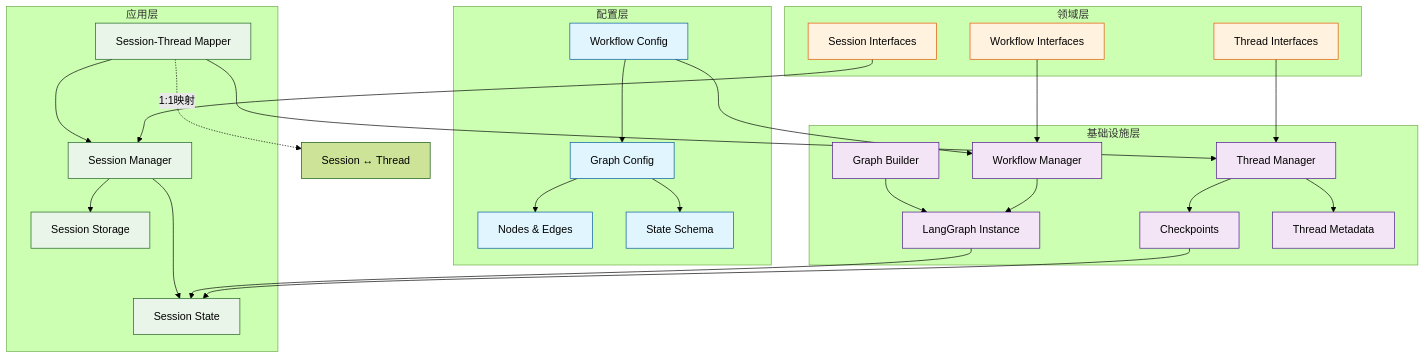
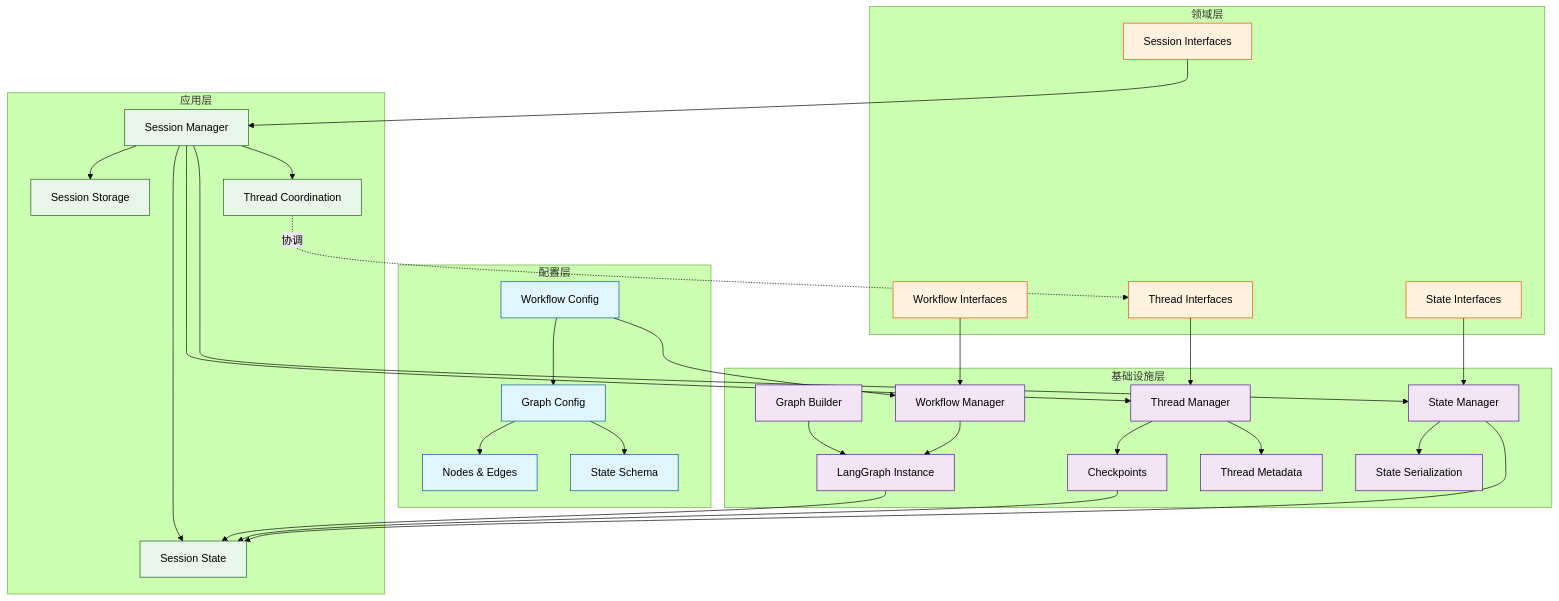
One commit to kkkqkx123/open-agent changed the diagram in docs/architecture/workflow-thread-session-graph-relationships.md. Above: the diagram before and after it, drawn with Mermaid (forest theme). The commit also changed other lines of this file and 22 other files, not shown here.

````diff
--- a/docs/architecture/workflow-thread-session-graph-relationships.md
+++ b/docs/architecture/workflow-thread-session-graph-relationships.md
@@ -37,43 +37,47 @@
 ```mermaid
 graph TD
     subgraph "配置层"
         A[Workflow Config] --> B[Graph Config]
         B --> C[Nodes & Edges]
         B --> D[State Schema]
     end
 
     subgraph "基础设施层"
         E[Graph Builder] --> F[LangGraph Instance]
         G[Workflow Manager] --> F
         H[Thread Manager] --> I[Checkpoints]
         H --> J[Thread Metadata]
+        K[State Manager] --> L[State Serialization]
     end
 
     subgraph "应用层"
-        K[Session Manager] --> L[Session State]
-        K --> M[Session Storage]
-        N[Session-Thread Mapper] --> K
-        N --> H
+        M[Session Manager] --> N[Session State]
+        M --> O[Session Storage]
+        M --> P[Thread Coordination]
+        M --> H
+        M --> K
     end
 
     subgraph "领域层"
-        O[Session Interfaces] --> K
-        P[Thread Interfaces] --> H
-        Q[Workflow Interfaces] --> G
+        Q[Session Interfaces] --> M
+        R[Thread Interfaces] --> H
+        S[Workflow Interfaces] --> G
+        T[State Interfaces] --> K
     end
 
     A --> G
-    F --> L
-    I --> L
-    N -.->|1:1映射| R[Session ↔ Thread]
+    F --> N
+    I --> N
+    K --> N
+    P -.->|协调| R
 
     classDef config fill:#e1f5fe,stroke:#01579b
     classDef infra fill:#f3e5f5,stroke:#4a148c
     classDef app fill:#e8f5e8,stroke:#1b5e20
     classDef domain fill:#fff3e0,stroke:#e65100
 
     class A,B,C,D config
-    class E,F,G,H,I,J infra
-    class K,L,M,N app
-    class O,P,Q domain
+    class E,F,G,H,I,J,K,L infra
+    class M,N,O,P app
+    class Q,R,S,T domain
 ```
````
